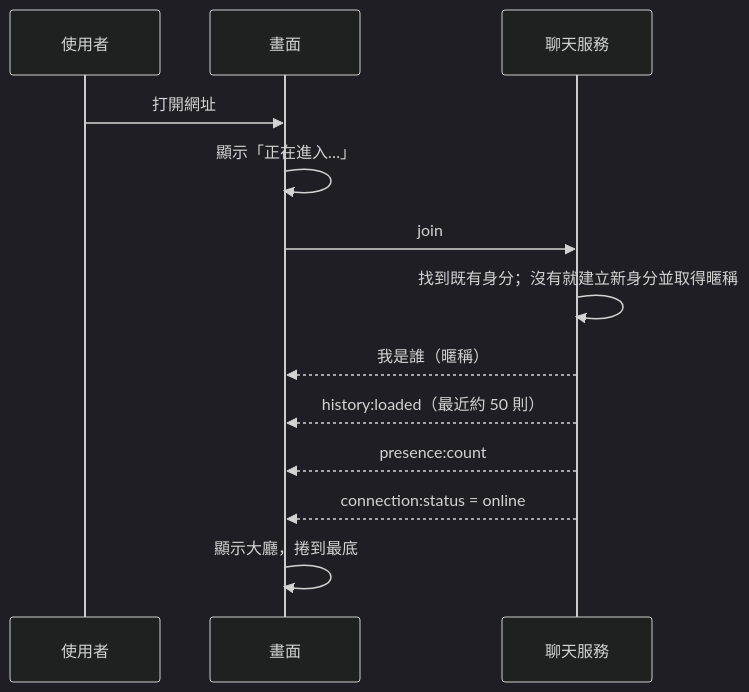
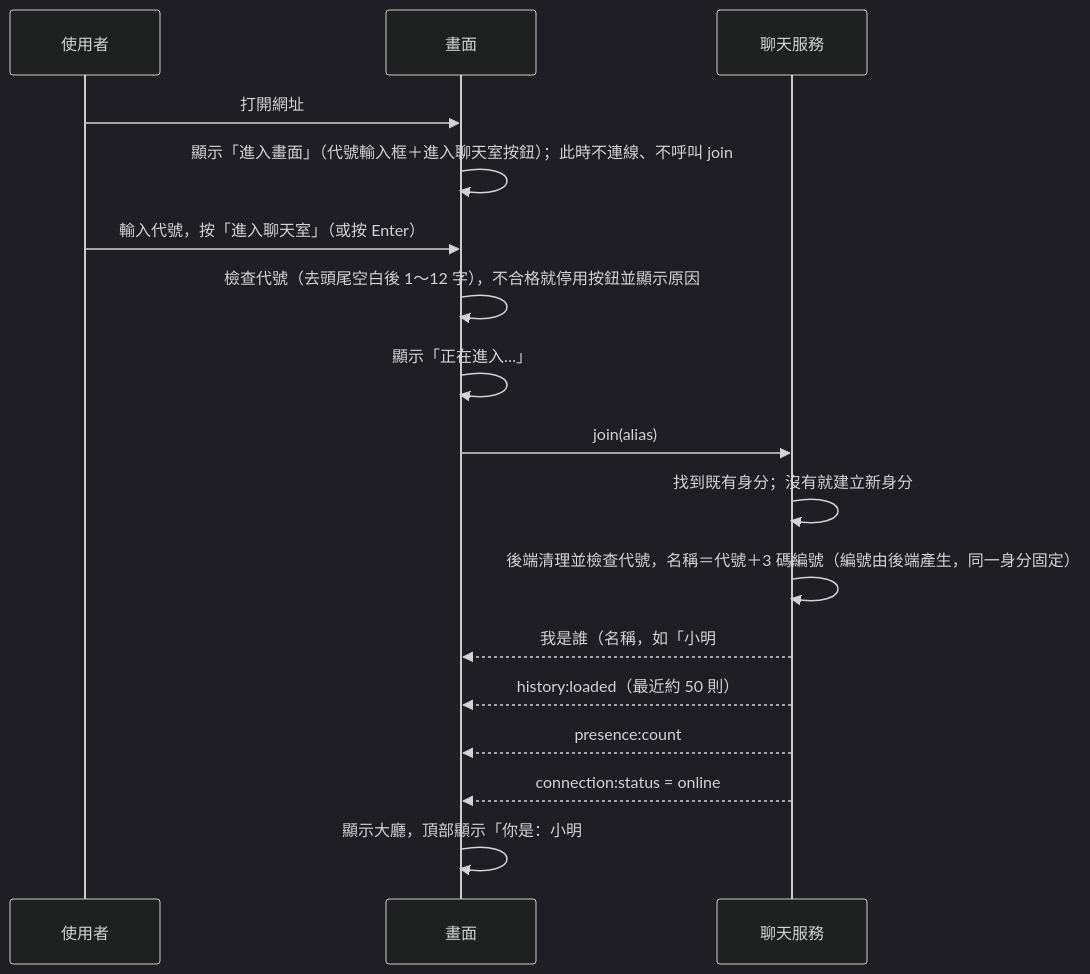
Before and after one commit to 411332050-del/anonymous-chat: the fourth of 6 diagrams in docs/architecture.md, drawn with Mermaid (dark theme). The commit also changed other lines of this file and 13 other files, not shown here.

First line of the commit message:
add alias entry screen, enter_with_alias, and incoming message validation

````diff
--- a/docs/architecture.md
+++ b/docs/architecture.md
@@ -252,15 +254,19 @@
 ```mermaid
 sequenceDiagram
     participant 使用者
     participant 畫面
     participant 服務 as 聊天服務
     使用者->>畫面: 打開網址
+    畫面->>畫面: 顯示「進入畫面」（代號輸入框＋進入聊天室按鈕）；此時不連線、不呼叫 join
+    使用者->>畫面: 輸入代號，按「進入聊天室」（或按 Enter）
+    畫面->>畫面: 檢查代號（去頭尾空白後 1～12 字），不合格就停用按鈕並顯示原因
     畫面->>畫面: 顯示「正在進入…」
-    畫面->>服務: join
-    服務->>服務: 找到既有身分；沒有就建立新身分並取得暱稱
-    服務-->>畫面: 我是誰（暱稱）
+    畫面->>服務: join(alias)
+    服務->>服務: 找到既有身分；沒有就建立新身分
+    服務->>服務: 後端清理並檢查代號，名稱＝代號＋3 碼編號（編號由後端產生，同一身分固定）
+    服務-->>畫面: 我是誰（名稱，如「小明#371」）
     服務-->>畫面: history:loaded（最近約 50 則）
     服務-->>畫面: presence:count
     服務-->>畫面: connection:status = online
-    畫面->>畫面: 顯示大廳，捲到最底
+    畫面->>畫面: 顯示大廳，頂部顯示「你是：小明#371」，捲到最底
 ```
````
